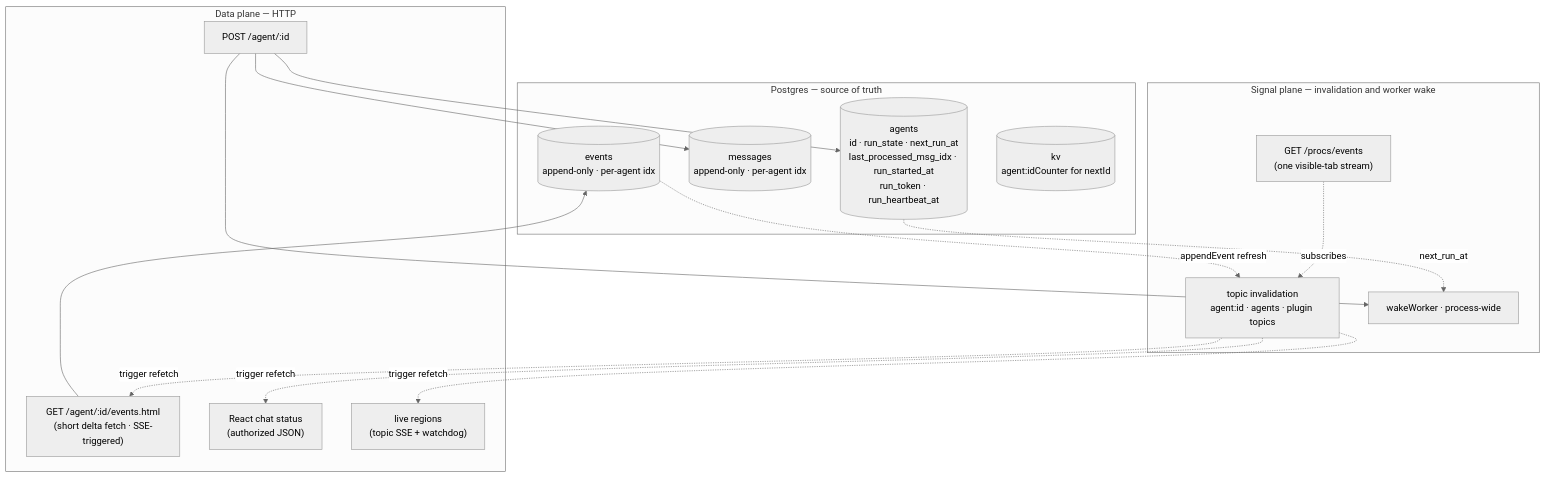
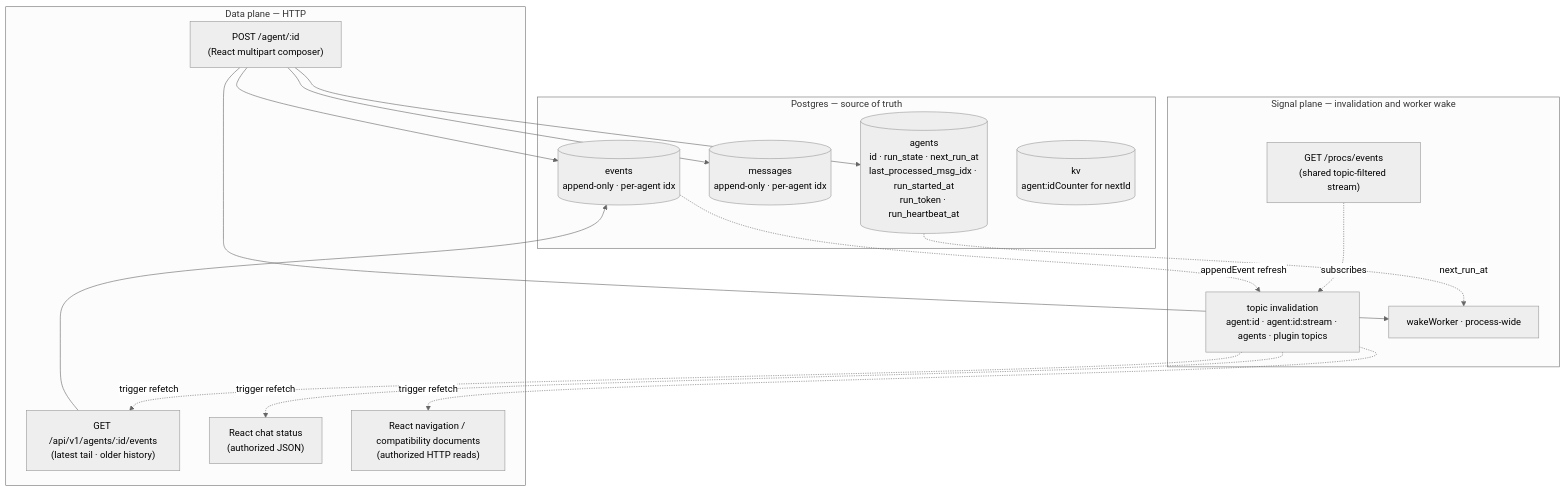
One commit to suchimauz/hyper-code changed the first of 2 diagrams in docs/architecture.md. Above: the diagram before and after it, drawn with Mermaid (neutral theme). The commit also changed other lines of this file, not shown here.

Commit message:
docs: align architecture with React UI and live JSON transport

````diff
--- a/docs/architecture.md
+++ b/docs/architecture.md
@@ -43,32 +47,33 @@
 ```mermaid
 graph TB
     subgraph Truth[Postgres — source of truth]
         AGENTS[(agents<br/>id · run_state · next_run_at<br/>last_processed_msg_idx · run_started_at<br/>run_token · run_heartbeat_at)]
         MSGS[(messages<br/>append-only · per-agent idx)]
         EVENTS[(events<br/>append-only · per-agent idx)]
         KV[(kv<br/>agent:idCounter for nextId)]
     end
 
     subgraph DataPlane[Data plane — HTTP]
-        POST["POST /agent/:id"]
-        LP["GET /agent/:id/events.html<br/>(short delta fetch · SSE-triggered)"]
+        POST["POST /agent/:id<br/>(React multipart composer)"]
+        LP["GET /api/v1/agents/:id/events<br/>(latest tail · older history)"]
         SB["React chat status<br/>(authorized JSON)"]
-        SF["live regions<br/>(topic SSE + watchdog)"]
+        SF["React navigation / compatibility documents<br/>(authorized HTTP reads)"]
     end
     subgraph SignalPlane[Signal plane — invalidation and worker wake]
-        SSE["GET /procs/events<br/>(one visible-tab stream)"]
-        TOPICS["topic invalidation<br/>agent:id · agents · plugin topics"]
+        SSE["GET /procs/events<br/>(shared topic-filtered stream)"]
+        TOPICS["topic invalidation<br/>agent:id · agent:id:stream · agents · plugin topics"]
         WS[wakeWorker · process-wide]
     end
 
     POST  --> MSGS
+    POST  --> EVENTS
     POST  --> AGENTS
     POST  --> WS
     LP    --> EVENTS
     SSE   -.subscribes.-> TOPICS
     EVENTS -.appendEvent refresh.-> TOPICS
     TOPICS -.trigger refetch.-> LP
     TOPICS -.trigger refetch.-> SB
     TOPICS -.trigger refetch.-> SF
     AGENTS -.next_run_at.-> WS
 ```
````
